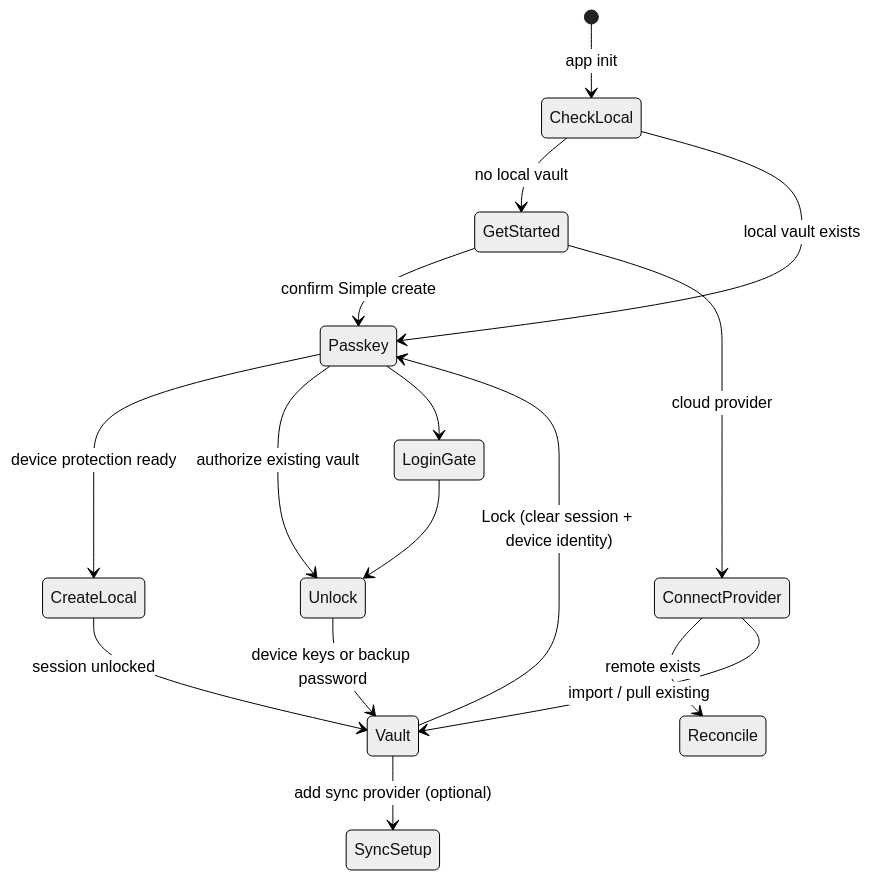
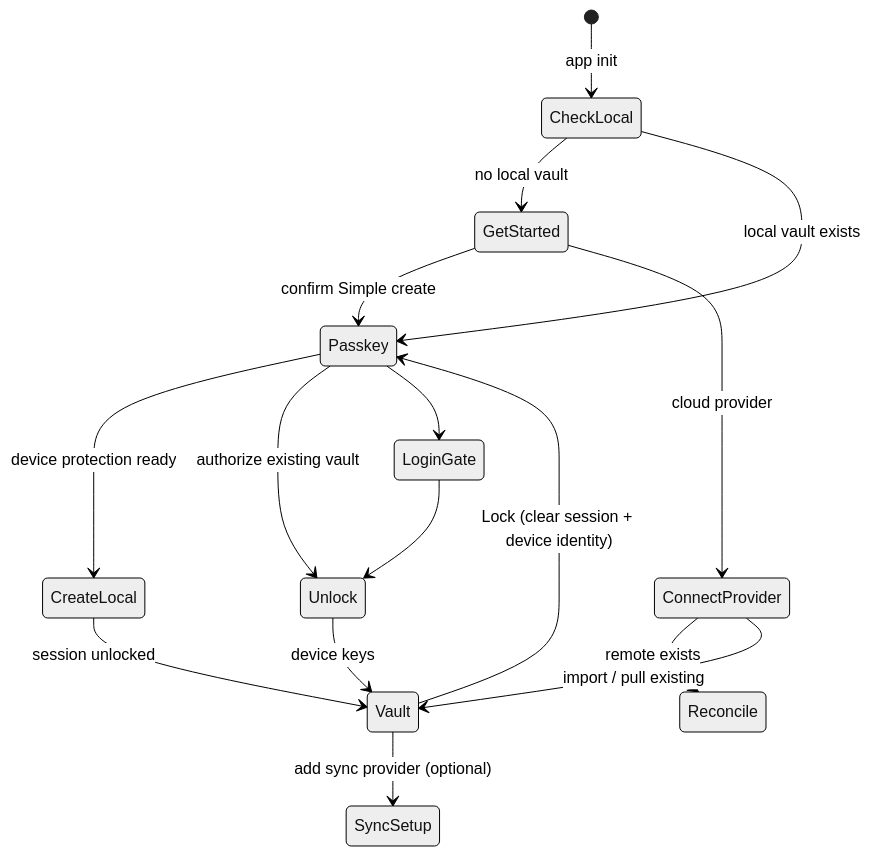
Before and after one commit to meta-secret/nook: the third of 3 diagrams in nook-app/nook-platform/.cortex/docs/architecture/unified-vault.md, drawn with Mermaid (neutral theme). The commit also changed other lines of this file and 307 other files, not shown here.

````diff
--- a/nook-app/nook-platform/.cortex/docs/architecture/unified-vault.md
+++ b/nook-app/nook-platform/.cortex/docs/architecture/unified-vault.md
@@ -174,18 +175,18 @@
 ```mermaid
 stateDiagram-v2
   [*] --> CheckLocal: app init
   CheckLocal --> GetStarted: no local vault
   CheckLocal --> Passkey: local vault exists
   GetStarted --> Passkey: confirm Simple create
   Passkey --> CreateLocal: device protection ready
   Passkey --> Unlock: authorize existing vault
   GetStarted --> ConnectProvider: cloud provider
   CreateLocal --> Vault: session unlocked
   ConnectProvider --> Reconcile: remote exists
   ConnectProvider --> Vault: import / pull existing
-  Unlock --> Vault: device keys or backup password
+  Unlock --> Vault: device keys
   Vault --> Passkey: Lock (clear session + device identity)
   Passkey --> LoginGate
   LoginGate --> Unlock
   Vault --> SyncSetup: add sync provider (optional)
 ```
````
